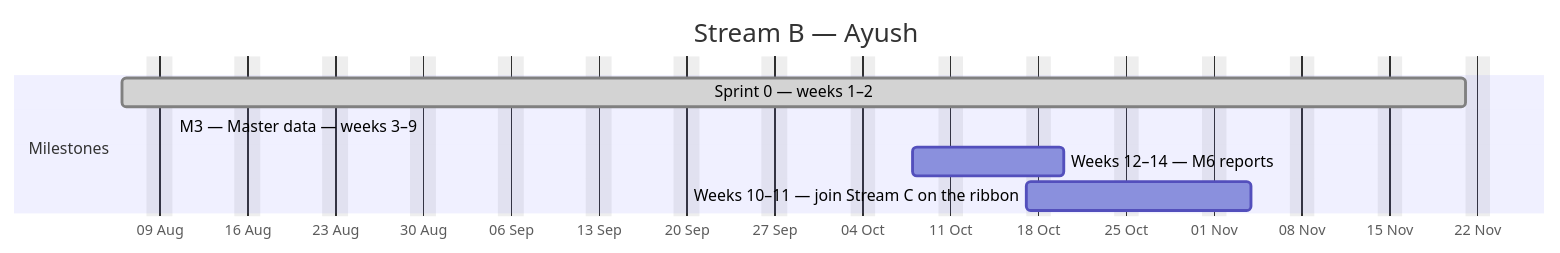
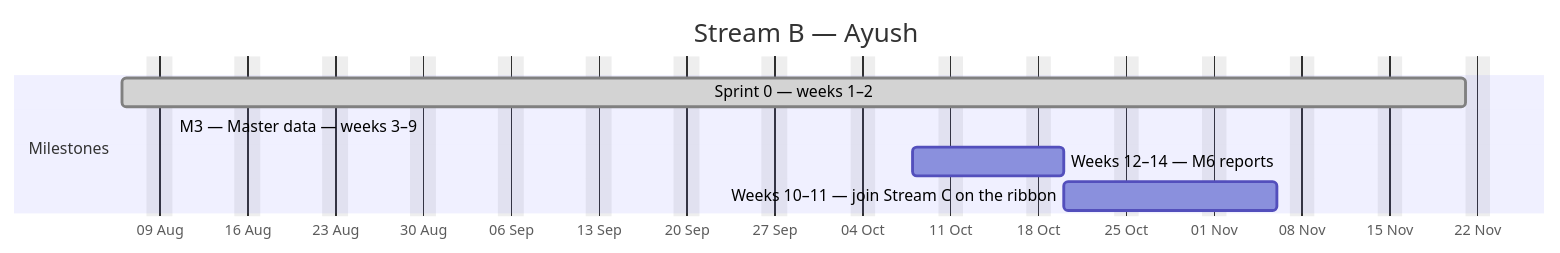
Before and after one commit to debashisedunext/EduTrack: the second of 4 diagrams in docs/plan/GANTT.md, drawn with Mermaid. The commit also changed other lines of this file and 3 other files, not shown here.

````diff
--- a/docs/plan/GANTT.md
+++ b/docs/plan/GANTT.md
@@ -144,12 +144,12 @@
 ```mermaid
 gantt
     dateFormat YYYY-MM-DD
     axisFormat %d %b
     title Stream B — Ayush
     excludes weekends
     section Milestones
     Sprint 0 — weeks 1–2 :done, b0, 2026-08-06, 77d
     M3 — Master data — weeks 3–9 :active, b1, 2026-08-10, -15d
     Weeks 12–14 — M6 reports :b2, 2026-10-08, 8d
-    Weeks 10–11 — join Stream C on the ribbon :b3, 2026-10-17, 13d
+    Weeks 10–11 — join Stream C on the ribbon :b3, 2026-10-20, 13d
 ```
````
